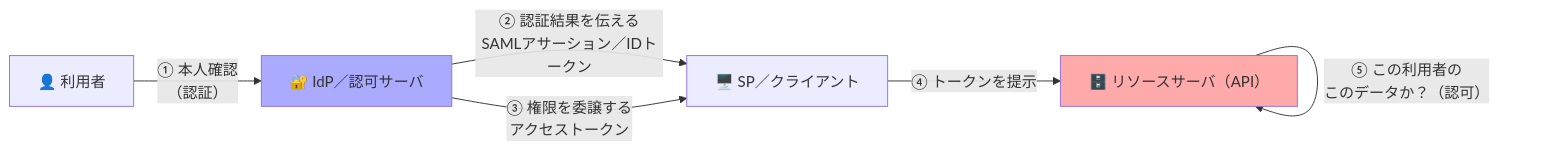
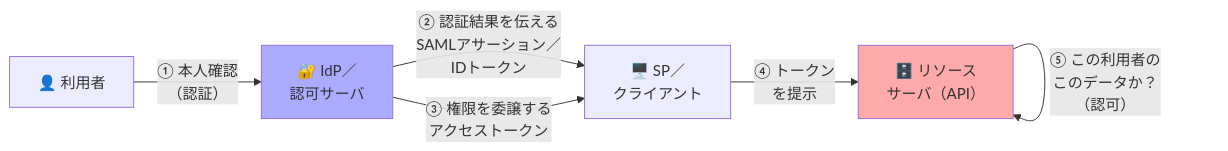
Before and after one commit to self-study-engineer/study-technology: the first of 3 diagrams in セキュリティ/情報処理安全確保支援士/予想テーマ/予想テーマ_認証認可.md, drawn with Mermaid. The commit also changed other lines of this file and 3 other files, not shown here.

````diff
--- a/セキュリティ/情報処理安全確保支援士/予想テーマ/予想テーマ_認証認可.md
+++ b/セキュリティ/情報処理安全確保支援士/予想テーマ/予想テーマ_認証認可.md
@@ -21,11 +21,11 @@
 ```mermaid
 flowchart LR
-  U["👤 利用者"] -- "① 本人確認<br>（認証）" --> IDP["🔐 IdP／認可サーバ"]
-  IDP -- "② 認証結果を伝える<br>SAMLアサーション／IDトークン" --> APP["🖥️ SP／クライアント"]
+  U["👤 利用者"] -- "① 本人確認<br>（認証）" --> IDP["🔐 IdP／<br>認可サーバ"]
+  IDP -- "② 認証結果を伝える<br>SAMLアサーション／<br>IDトークン" --> APP["🖥️ SP／<br>クライアント"]
   IDP -- "③ 権限を委譲する<br>アクセストークン" --> APP
-  APP -- "④ トークンを提示" --> RS["🗄️ リソースサーバ（API）"]
-  RS -- "⑤ この利用者の<br>このデータか？（認可）" --> RS
+  APP -- "④ トークン<br>を提示" --> RS["🗄️ リソース<br>サーバ（API）"]
+  RS -- "⑤ この利用者の<br>このデータか？<br>（認可）" --> RS
 
   style IDP fill:#aaf
   style RS fill:#faa
 ```
````
